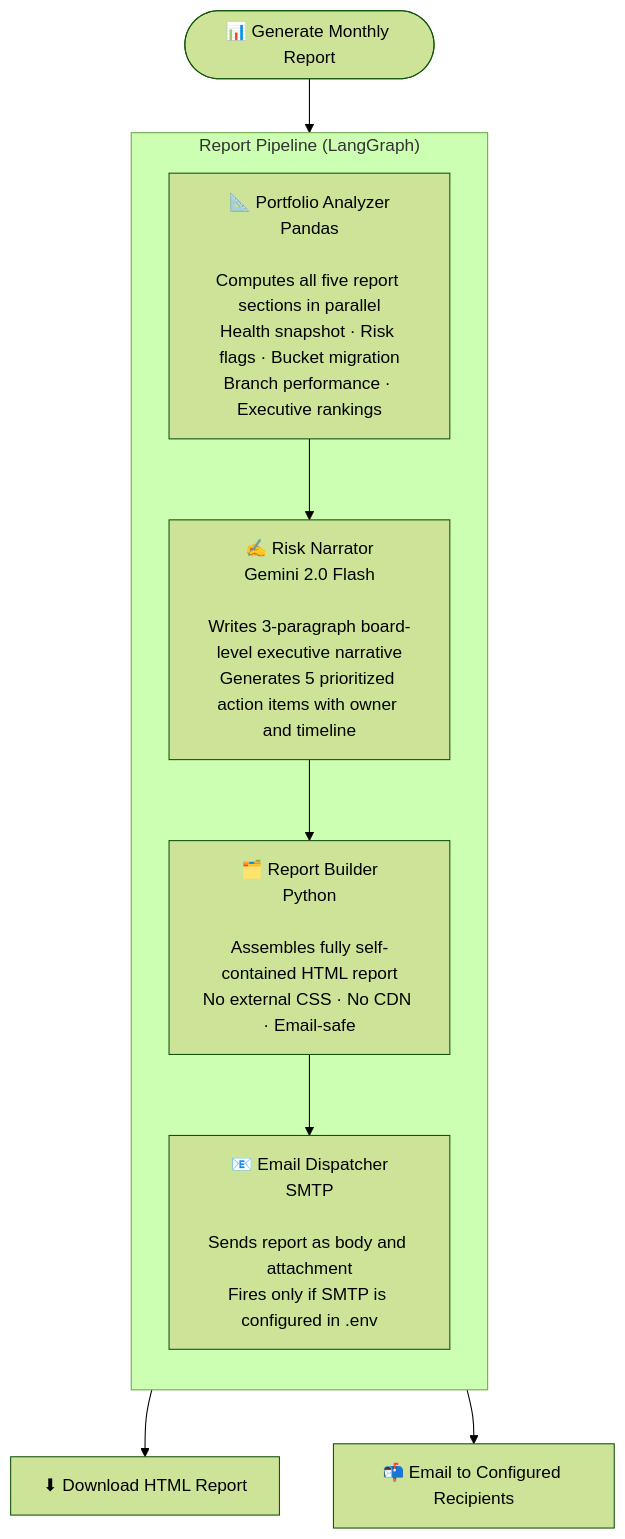
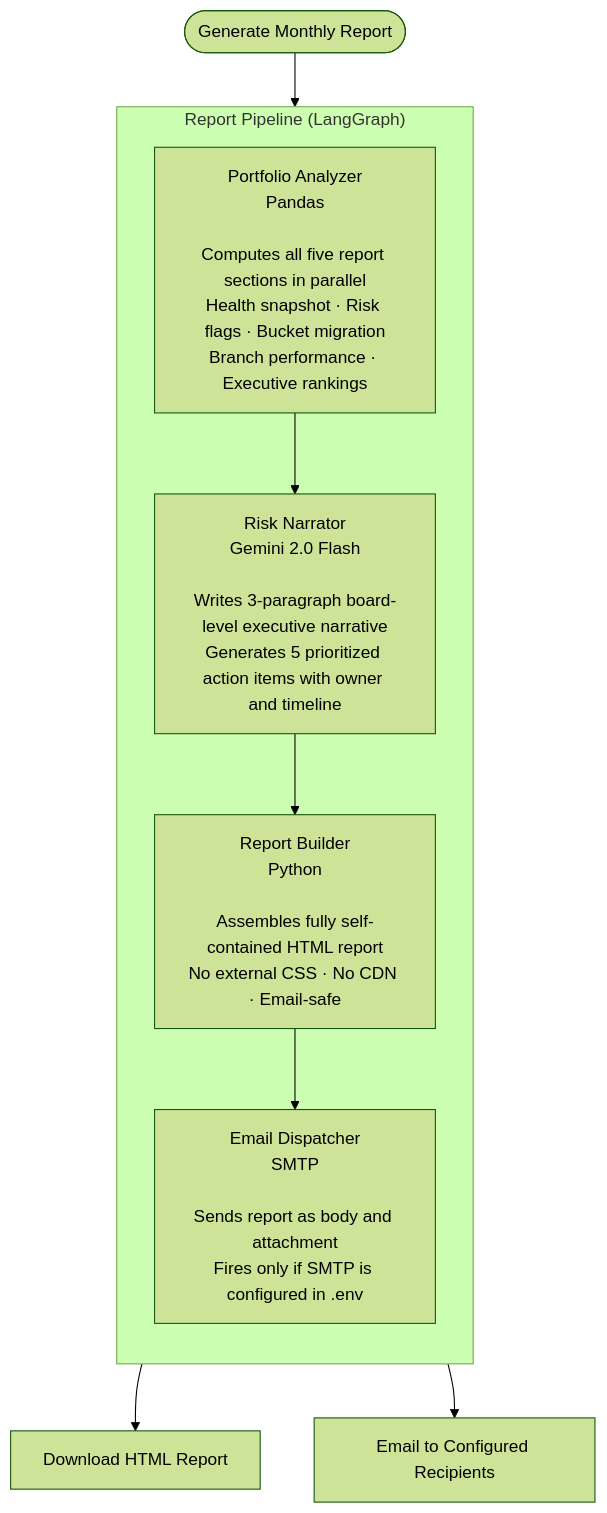
Before and after one commit to Sanjay-00/CollectionIQ: the second of 3 diagrams in README.md, drawn with Mermaid (forest theme). The commit also changed other lines of this file and 7 other files, not shown here.

````diff
--- a/README.md
+++ b/README.md
@@ -127,18 +127,18 @@
 ```mermaid
 flowchart TD
-    Trigger(["📊 Generate Monthly Report"])
+    Trigger(["Generate Monthly Report"])
 
     Trigger --> PA
 
     subgraph RP ["  Report Pipeline  (LangGraph)  "]
         direction TB
-        PA["📐 Portfolio Analyzer\nPandas\n\nComputes all five report sections in parallel\nHealth snapshot · Risk flags · Bucket migration\nBranch performance · Executive rankings"]
-        RN["✍️ Risk Narrator\nGemini 2.0 Flash\n\nWrites 3-paragraph board-level executive narrative\nGenerates 5 prioritized action items with owner and timeline"]
-        RB["🗂️ Report Builder\nPython\n\nAssembles fully self-contained HTML report\nNo external CSS · No CDN · Email-safe"]
-        ED["📧 Email Dispatcher\nSMTP\n\nSends report as body and attachment\nFires only if SMTP is configured in .env"]
+        PA["Portfolio Analyzer\nPandas\n\nComputes all five report sections in parallel\nHealth snapshot · Risk flags · Bucket migration\nBranch performance · Executive rankings"]
+        RN["Risk Narrator\nGemini 2.0 Flash\n\nWrites 3-paragraph board-level executive narrative\nGenerates 5 prioritized action items with owner and timeline"]
+        RB["Report Builder\nPython\n\nAssembles fully self-contained HTML report\nNo external CSS · No CDN · Email-safe"]
+        ED["Email Dispatcher\nSMTP\n\nSends report as body and attachment\nFires only if SMTP is configured in .env"]
         PA --> RN --> RB --> ED
     end
 
-    RB --> DL["⬇ Download HTML Report"]
-    ED --> EM["📬 Email to Configured Recipients"]
+    RB --> DL["Download HTML Report"]
+    ED --> EM["Email to Configured Recipients"]
 ```
````
